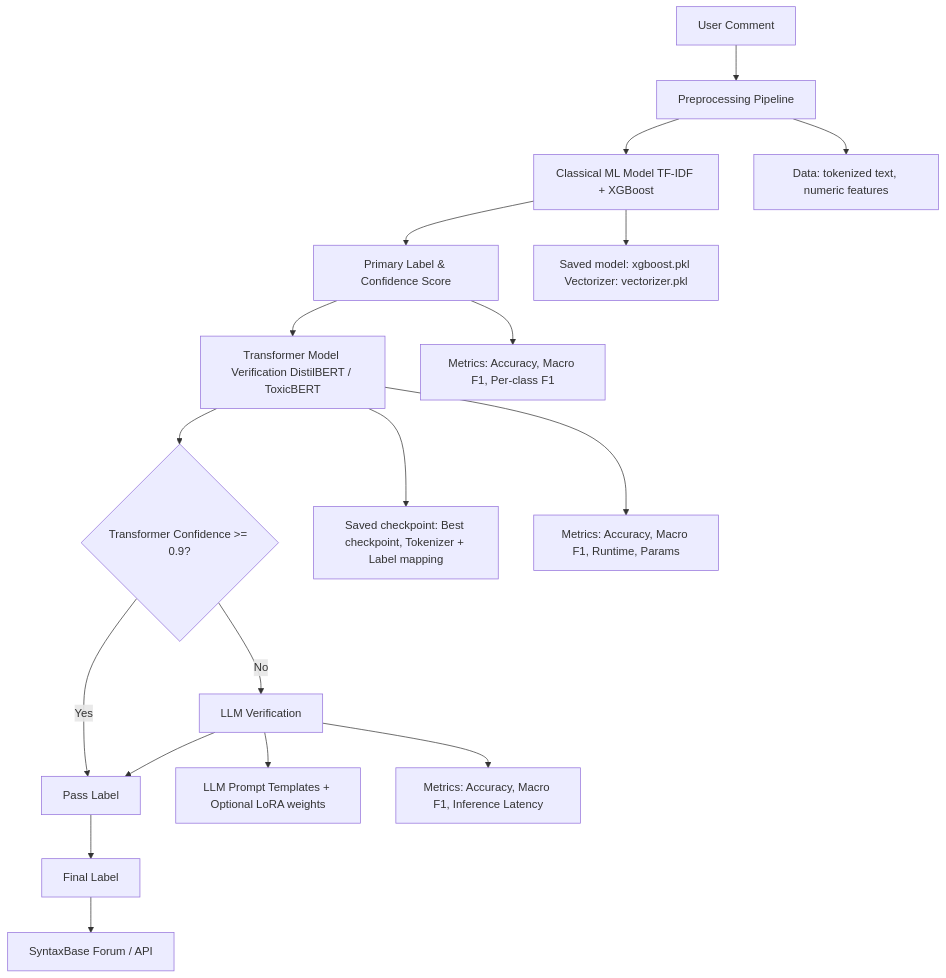
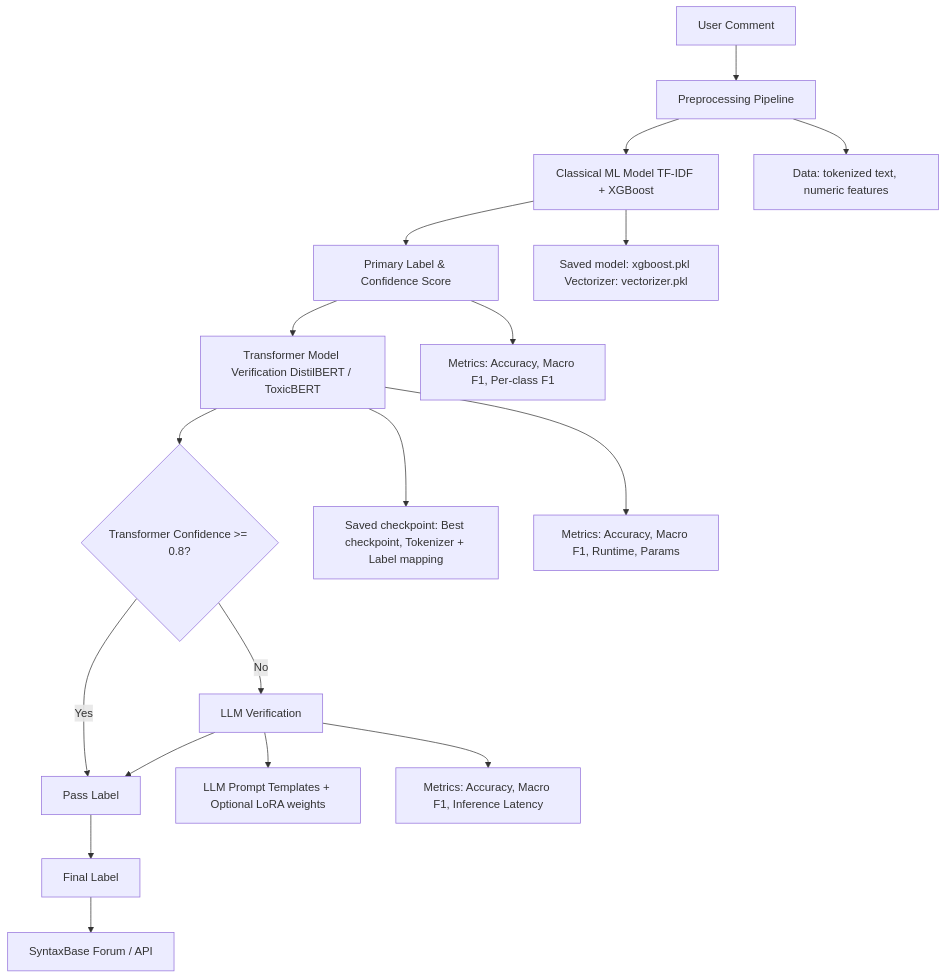
One commit to ismiljanic/SyntaxBase-moderation-microservice changed the first of 5 diagrams in docs/architecture.md. Above: the diagram before and after it, drawn with Mermaid. The commit also changed other lines of this file and 3 other files, not shown here.

````diff
--- a/docs/architecture.md
+++ b/docs/architecture.md
@@ -31,35 +31,35 @@
 ```mermaid
 flowchart TD
     %% User Input
     A[User Comment] --> B[Preprocessing Pipeline]
     B --> C[Classical ML Model TF-IDF + XGBoost]
     
     %% Classical Output
     C --> D[Primary Label & Confidence Score]
     
     %% Transformer Verification
     D --> E[Transformer Model Verification DistilBERT / ToxicBERT]
-    E --> F{Transformer Confidence >= 0.9?}
+    E --> F{Transformer Confidence >= 0.8?}
     
     %% Decision Path
     F -->|Yes| G[Pass Label]
     F -->|No| H[LLM Verification]
     
     %% Final Output
     H --> G
     G --> I[Final Label]
     I --> J[SyntaxBase Forum / API]
 
     %% Artifacts & Metrics
     class B,C,E,H artifacts;
 
     B:::artifacts --> K[Data: tokenized text, numeric features]
     C:::artifacts --> L[Saved model: xgboost.pkl Vectorizer: vectorizer.pkl]
     E:::artifacts --> M[Saved checkpoint: Best checkpoint, Tokenizer + Label mapping]
     H:::artifacts --> N[LLM Prompt Templates + Optional LoRA weights]
 
     %% Metrics
     D --> O[Metrics: Accuracy, Macro F1, Per-class F1]
     E --> P[Metrics: Accuracy, Macro F1, Runtime, Params]
     H --> Q[Metrics: Accuracy, Macro F1, Inference Latency]
 ```
````
